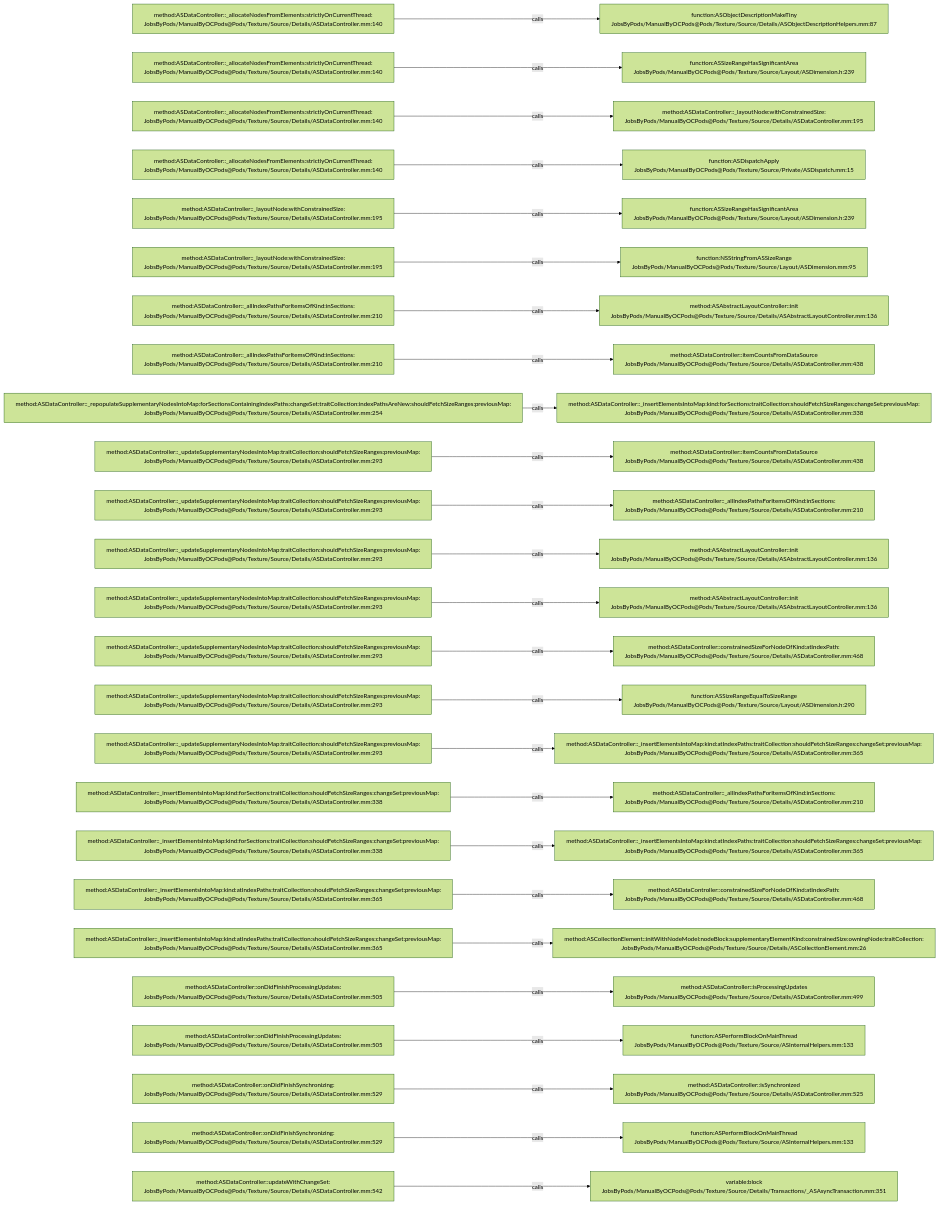
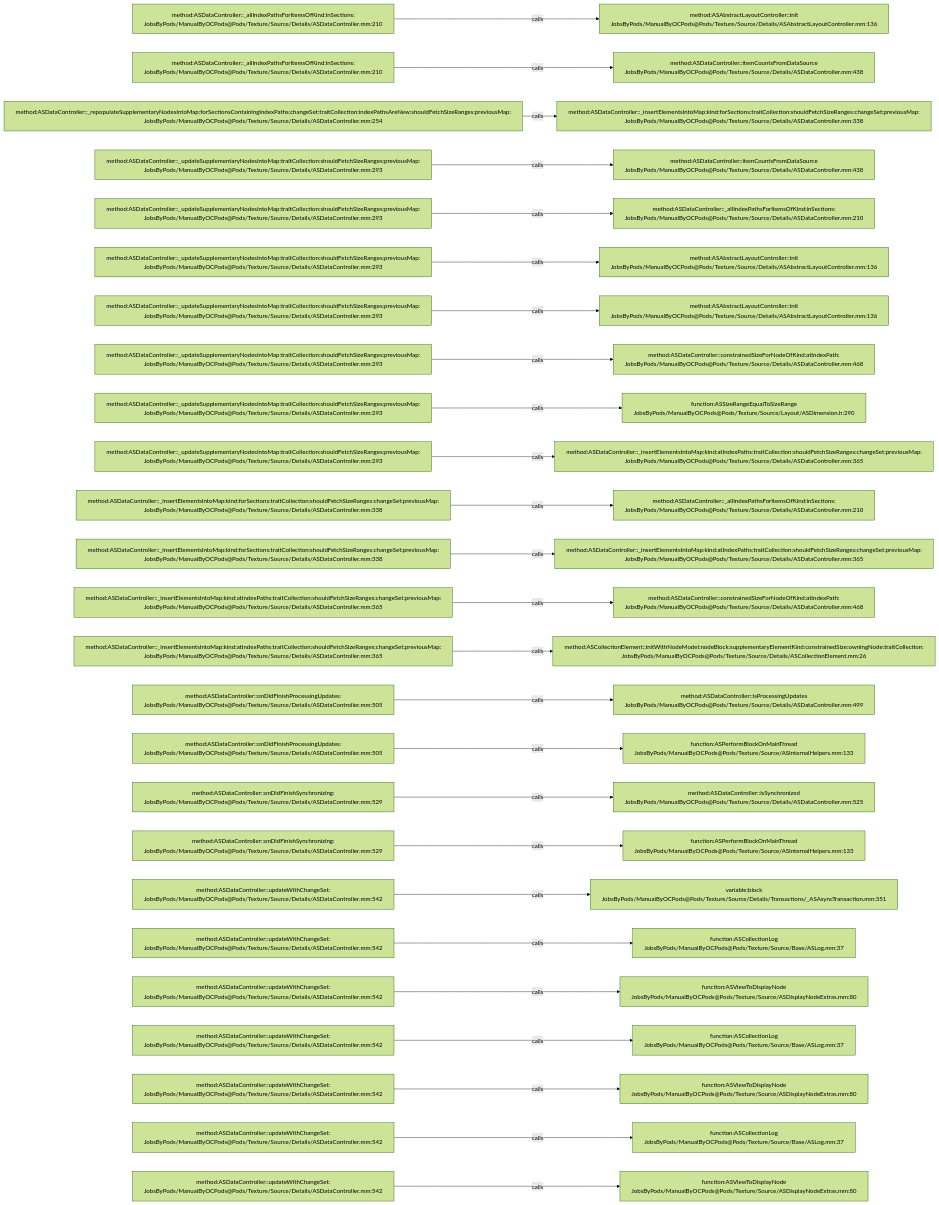
The diagram in .codegraph/codegraph.md/graphs/calls-146.md (JobsKits/JobsOCBaseConfigDemo), drawn with Mermaid (forest theme) before and after one commit. The commit also changed 666 other files, not shown here.

````diff
--- a/.codegraph/codegraph.md/graphs/calls-146.md
+++ b/.codegraph/codegraph.md/graphs/calls-146.md
@@ -13,78 +13,78 @@
 ```mermaid
 flowchart LR
-  S1["method:ASDataController::_allocateNodesFromElements:strictlyOnCurrentThread:<br/>JobsByPods/ManualByOCPods@Pods/Texture/Source/Details/ASDataController.mm:140"]
-  T1["function:ASObjectDescriptionMakeTiny<br/>JobsByPods/ManualByOCPods@Pods/Texture/Source/Details/ASObjectDescriptionHelpers.mm:87"]
+  S1["method:ASDataController::_allIndexPathsForItemsOfKind:inSections:<br/>JobsByPods/ManualByOCPods@Pods/Texture/Source/Details/ASDataController.mm:210"]
+  T1["method:ASAbstractLayoutController::init<br/>JobsByPods/ManualByOCPods@Pods/Texture/Source/Details/ASAbstractLayoutController.mm:136"]
   S1 -->|calls| T1
-  S2["method:ASDataController::_allocateNodesFromElements:strictlyOnCurrentThread:<br/>JobsByPods/ManualByOCPods@Pods/Texture/Source/Details/ASDataController.mm:140"]
-  T2["function:ASSizeRangeHasSignificantArea<br/>JobsByPods/ManualByOCPods@Pods/Texture/Source/Layout/ASDimension.h:239"]
+  S2["method:ASDataController::_allIndexPathsForItemsOfKind:inSections:<br/>JobsByPods/ManualByOCPods@Pods/Texture/Source/Details/ASDataController.mm:210"]
+  T2["method:ASDataController::itemCountsFromDataSource<br/>JobsByPods/ManualByOCPods@Pods/Texture/Source/Details/ASDataController.mm:438"]
   S2 -->|calls| T2
-  S3["method:ASDataController::_allocateNodesFromElements:strictlyOnCurrentThread:<br/>JobsByPods/ManualByOCPods@Pods/Texture/Source/Details/ASDataController.mm:140"]
-  T3["method:ASDataController::_layoutNode:withConstrainedSize:<br/>JobsByPods/ManualByOCPods@Pods/Texture/Source/Details/ASDataController.mm:195"]
+  S3["method:ASDataController::_repopulateSupplementaryNodesIntoMap:forSectionsContainingIndexPaths:changeSet:traitCollection:indexPathsAreNew:shouldFetchSizeRanges:previousMap:<br/>JobsByPods/ManualByOCPods@Pods/Texture/Source/Details/ASDataController.mm:254"]
+  T3["method:ASDataController::_insertElementsIntoMap:kind:forSections:traitCollection:shouldFetchSizeRanges:changeSet:previousMap:<br/>JobsByPods/ManualByOCPods@Pods/Texture/Source/Details/ASDataController.mm:338"]
   S3 -->|calls| T3
-  S4["method:ASDataController::_allocateNodesFromElements:strictlyOnCurrentThread:<br/>JobsByPods/ManualByOCPods@Pods/Texture/Source/Details/ASDataController.mm:140"]
-  T4["function:ASDispatchApply<br/>JobsByPods/ManualByOCPods@Pods/Texture/Source/Private/ASDispatch.mm:15"]
+  S4["method:ASDataController::_updateSupplementaryNodesIntoMap:traitCollection:shouldFetchSizeRanges:previousMap:<br/>JobsByPods/ManualByOCPods@Pods/Texture/Source/Details/ASDataController.mm:293"]
+  T4["method:ASDataController::itemCountsFromDataSource<br/>JobsByPods/ManualByOCPods@Pods/Texture/Source/Details/ASDataController.mm:438"]
   S4 -->|calls| T4
-  S5["method:ASDataController::_layoutNode:withConstrainedSize:<br/>JobsByPods/ManualByOCPods@Pods/Texture/Source/Details/ASDataController.mm:195"]
-  T5["function:ASSizeRangeHasSignificantArea<br/>JobsByPods/ManualByOCPods@Pods/Texture/Source/Layout/ASDimension.h:239"]
+  S5["method:ASDataController::_updateSupplementaryNodesIntoMap:traitCollection:shouldFetchSizeRanges:previousMap:<br/>JobsByPods/ManualByOCPods@Pods/Texture/Source/Details/ASDataController.mm:293"]
+  T5["method:ASDataController::_allIndexPathsForItemsOfKind:inSections:<br/>JobsByPods/ManualByOCPods@Pods/Texture/Source/Details/ASDataController.mm:210"]
   S5 -->|calls| T5
-  S6["method:ASDataController::_layoutNode:withConstrainedSize:<br/>JobsByPods/ManualByOCPods@Pods/Texture/Source/Details/ASDataController.mm:195"]
-  T6["function:NSStringFromASSizeRange<br/>JobsByPods/ManualByOCPods@Pods/Texture/Source/Layout/ASDimension.mm:95"]
+  S6["method:ASDataController::_updateSupplementaryNodesIntoMap:traitCollection:shouldFetchSizeRanges:previousMap:<br/>JobsByPods/ManualByOCPods@Pods/Texture/Source/Details/ASDataController.mm:293"]
+  T6["method:ASAbstractLayoutController::init<br/>JobsByPods/ManualByOCPods@Pods/Texture/Source/Details/ASAbstractLayoutController.mm:136"]
   S6 -->|calls| T6
-  S7["method:ASDataController::_allIndexPathsForItemsOfKind:inSections:<br/>JobsByPods/ManualByOCPods@Pods/Texture/Source/Details/ASDataController.mm:210"]
+  S7["method:ASDataController::_updateSupplementaryNodesIntoMap:traitCollection:shouldFetchSizeRanges:previousMap:<br/>JobsByPods/ManualByOCPods@Pods/Texture/Source/Details/ASDataController.mm:293"]
   T7["method:ASAbstractLayoutController::init<br/>JobsByPods/ManualByOCPods@Pods/Texture/Source/Details/ASAbstractLayoutController.mm:136"]
   S7 -->|calls| T7
-  S8["method:ASDataController::_allIndexPathsForItemsOfKind:inSections:<br/>JobsByPods/ManualByOCPods@Pods/Texture/Source/Details/ASDataController.mm:210"]
-  T8["method:ASDataController::itemCountsFromDataSource<br/>JobsByPods/ManualByOCPods@Pods/Texture/Source/Details/ASDataController.mm:438"]
+  S8["method:ASDataController::_updateSupplementaryNodesIntoMap:traitCollection:shouldFetchSizeRanges:previousMap:<br/>JobsByPods/ManualByOCPods@Pods/Texture/Source/Details/ASDataController.mm:293"]
+  T8["method:ASDataController::constrainedSizeForNodeOfKind:atIndexPath:<br/>JobsByPods/ManualByOCPods@Pods/Texture/Source/Details/ASDataController.mm:468"]
   S8 -->|calls| T8
-  S9["method:ASDataController::_repopulateSupplementaryNodesIntoMap:forSectionsContainingIndexPaths:changeSet:traitCollection:indexPathsAreNew:shouldFetchSizeRanges:previousMap:<br/>JobsByPods/ManualByOCPods@Pods/Texture/Source/Details/ASDataController.mm:254"]
-  T9["method:ASDataController::_insertElementsIntoMap:kind:forSections:traitCollection:shouldFetchSizeRanges:changeSet:previousMap:<br/>JobsByPods/ManualByOCPods@Pods/Texture/Source/Details/ASDataController.mm:338"]
+  S9["method:ASDataController::_updateSupplementaryNodesIntoMap:traitCollection:shouldFetchSizeRanges:previousMap:<br/>JobsByPods/ManualByOCPods@Pods/Texture/Source/Details/ASDataController.mm:293"]
+  T9["function:ASSizeRangeEqualToSizeRange<br/>JobsByPods/ManualByOCPods@Pods/Texture/Source/Layout/ASDimension.h:290"]
   S9 -->|calls| T9
   S10["method:ASDataController::_updateSupplementaryNodesIntoMap:traitCollection:shouldFetchSizeRanges:previousMap:<br/>JobsByPods/ManualByOCPods@Pods/Texture/Source/Details/ASDataController.mm:293"]
-  T10["method:ASDataController::itemCountsFromDataSource<br/>JobsByPods/ManualByOCPods@Pods/Texture/Source/Details/ASDataController.mm:438"]
+  T10["method:ASDataController::_insertElementsIntoMap:kind:atIndexPaths:traitCollection:shouldFetchSizeRanges:changeSet:previousMap:<br/>JobsByPods/ManualByOCPods@Pods/Texture/Source/Details/ASDataController.mm:365"]
   S10 -->|calls| T10
-  S11["method:ASDataController::_updateSupplementaryNodesIntoMap:traitCollection:shouldFetchSizeRanges:previousMap:<br/>JobsByPods/ManualByOCPods@Pods/Texture/Source/Details/ASDataController.mm:293"]
+  S11["method:ASDataController::_insertElementsIntoMap:kind:forSections:traitCollection:shouldFetchSizeRanges:changeSet:previousMap:<br/>JobsByPods/ManualByOCPods@Pods/Texture/Source/Details/ASDataController.mm:338"]
   T11["method:ASDataController::_allIndexPathsForItemsOfKind:inSections:<br/>JobsByPods/ManualByOCPods@Pods/Texture/Source/Details/ASDataController.mm:210"]
   S11 -->|calls| T11
-  S12["method:ASDataController::_updateSupplementaryNodesIntoMap:traitCollection:shouldFetchSizeRanges:previousMap:<br/>JobsByPods/ManualByOCPods@Pods/Texture/Source/Details/ASDataController.mm:293"]
-  T12["method:ASAbstractLayoutController::init<br/>JobsByPods/ManualByOCPods@Pods/Texture/Source/Details/ASAbstractLayoutController.mm:136"]
+  S12["method:ASDataController::_insertElementsIntoMap:kind:forSections:traitCollection:shouldFetchSizeRanges:changeSet:previousMap:<br/>JobsByPods/ManualByOCPods@Pods/Texture/Source/Details/ASDataController.mm:338"]
+  T12["method:ASDataController::_insertElementsIntoMap:kind:atIndexPaths:traitCollection:shouldFetchSizeRanges:changeSet:previousMap:<br/>JobsByPods/ManualByOCPods@Pods/Texture/Source/Details/ASDataController.mm:365"]
   S12 -->|calls| T12
-  S13["method:ASDataController::_updateSupplementaryNodesIntoMap:traitCollection:shouldFetchSizeRanges:previousMap:<br/>JobsByPods/ManualByOCPods@Pods/Texture/Source/Details/ASDataController.mm:293"]
-  T13["method:ASAbstractLayoutController::init<br/>JobsByPods/ManualByOCPods@Pods/Texture/Source/Details/ASAbstractLayoutController.mm:136"]
+  S13["method:ASDataController::_insertElementsIntoMap:kind:atIndexPaths:traitCollection:shouldFetchSizeRanges:changeSet:previousMap:<br/>JobsByPods/ManualByOCPods@Pods/Texture/Source/Details/ASDataController.mm:365"]
+  T13["method:ASDataController::constrainedSizeForNodeOfKind:atIndexPath:<br/>JobsByPods/ManualByOCPods@Pods/Texture/Source/Details/ASDataController.mm:468"]
   S13 -->|calls| T13
-  S14["method:ASDataController::_updateSupplementaryNodesIntoMap:traitCollection:shouldFetchSizeRanges:previousMap:<br/>JobsByPods/ManualByOCPods@Pods/Texture/Source/Details/ASDataController.mm:293"]
-  T14["method:ASDataController::constrainedSizeForNodeOfKind:atIndexPath:<br/>JobsByPods/ManualByOCPods@Pods/Texture/Source/Details/ASDataController.mm:468"]
+  S14["method:ASDataController::_insertElementsIntoMap:kind:atIndexPaths:traitCollection:shouldFetchSizeRanges:changeSet:previousMap:<br/>JobsByPods/ManualByOCPods@Pods/Texture/Source/Details/ASDataController.mm:365"]
+  T14["method:ASCollectionElement::initWithNodeModel:nodeBlock:supplementaryElementKind:constrainedSize:owningNode:traitCollection:<br/>JobsByPods/ManualByOCPods@Pods/Texture/Source/Details/ASCollectionElement.mm:26"]
   S14 -->|calls| T14
-  S15["method:ASDataController::_updateSupplementaryNodesIntoMap:traitCollection:shouldFetchSizeRanges:previousMap:<br/>JobsByPods/ManualByOCPods@Pods/Texture/Source/Details/ASDataController.mm:293"]
-  T15["function:ASSizeRangeEqualToSizeRange<br/>JobsByPods/ManualByOCPods@Pods/Texture/Source/Layout/ASDimension.h:290"]
+  S15["method:ASDataController::onDidFinishProcessingUpdates:<br/>JobsByPods/ManualByOCPods@Pods/Texture/Source/Details/ASDataController.mm:505"]
+  T15["method:ASDataController::isProcessingUpdates<br/>JobsByPods/ManualByOCPods@Pods/Texture/Source/Details/ASDataController.mm:499"]
   S15 -->|calls| T15
-  S16["method:ASDataController::_updateSupplementaryNodesIntoMap:traitCollection:shouldFetchSizeRanges:previousMap:<br/>JobsByPods/ManualByOCPods@Pods/Texture/Source/Details/ASDataController.mm:293"]
-  T16["method:ASDataController::_insertElementsIntoMap:kind:atIndexPaths:traitCollection:shouldFetchSizeRanges:changeSet:previousMap:<br/>JobsByPods/ManualByOCPods@Pods/Texture/Source/Details/ASDataController.mm:365"]
+  S16["method:ASDataController::onDidFinishProcessingUpdates:<br/>JobsByPods/ManualByOCPods@Pods/Texture/Source/Details/ASDataController.mm:505"]
+  T16["function:ASPerformBlockOnMainThread<br/>JobsByPods/ManualByOCPods@Pods/Texture/Source/ASInternalHelpers.mm:133"]
   S16 -->|calls| T16
-  S17["method:ASDataController::_insertElementsIntoMap:kind:forSections:traitCollection:shouldFetchSizeRanges:changeSet:previousMap:<br/>JobsByPods/ManualByOCPods@Pods/Texture/Source/Details/ASDataController.mm:338"]
-  T17["method:ASDataController::_allIndexPathsForItemsOfKind:inSections:<br/>JobsByPods/ManualByOCPods@Pods/Texture/Source/Details/ASDataController.mm:210"]
+  S17["method:ASDataController::onDidFinishSynchronizing:<br/>JobsByPods/ManualByOCPods@Pods/Texture/Source/Details/ASDataController.mm:529"]
+  T17["method:ASDataController::isSynchronized<br/>JobsByPods/ManualByOCPods@Pods/Texture/Source/Details/ASDataController.mm:525"]
   S17 -->|calls| T17
-  S18["method:ASDataController::_insertElementsIntoMap:kind:forSections:traitCollection:shouldFetchSizeRanges:changeSet:previousMap:<br/>JobsByPods/ManualByOCPods@Pods/Texture/Source/Details/ASDataController.mm:338"]
-  T18["method:ASDataController::_insertElementsIntoMap:kind:atIndexPaths:traitCollection:shouldFetchSizeRanges:changeSet:previousMap:<br/>JobsByPods/ManualByOCPods@Pods/Texture/Source/Details/ASDataController.mm:365"]
+  S18["method:ASDataController::onDidFinishSynchronizing:<br/>JobsByPods/ManualByOCPods@Pods/Texture/Source/Details/ASDataController.mm:529"]
+  T18["function:ASPerformBlockOnMainThread<br/>JobsByPods/ManualByOCPods@Pods/Texture/Source/ASInternalHelpers.mm:133"]
   S18 -->|calls| T18
-  S19["method:ASDataController::_insertElementsIntoMap:kind:atIndexPaths:traitCollection:shouldFetchSizeRanges:changeSet:previousMap:<br/>JobsByPods/ManualByOCPods@Pods/Texture/Source/Details/ASDataController.mm:365"]
-  T19["method:ASDataController::constrainedSizeForNodeOfKind:atIndexPath:<br/>JobsByPods/ManualByOCPods@Pods/Texture/Source/Details/ASDataController.mm:468"]
+  S19["method:ASDataController::updateWithChangeSet:<br/>JobsByPods/ManualByOCPods@Pods/Texture/Source/Details/ASDataController.mm:542"]
+  T19["variable:block<br/>JobsByPods/ManualByOCPods@Pods/Texture/Source/Details/Transactions/_ASAsyncTransaction.mm:351"]
   S19 -->|calls| T19
-  S20["method:ASDataController::_insertElementsIntoMap:kind:atIndexPaths:traitCollection:shouldFetchSizeRanges:changeSet:previousMap:<br/>JobsByPods/ManualByOCPods@Pods/Texture/Source/Details/ASDataController.mm:365"]
-  T20["method:ASCollectionElement::initWithNodeModel:nodeBlock:supplementaryElementKind:constrainedSize:owningNode:traitCollection:<br/>JobsByPods/ManualByOCPods@Pods/Texture/Source/Details/ASCollectionElement.mm:26"]
+  S20["method:ASDataController::updateWithChangeSet:<br/>JobsByPods/ManualByOCPods@Pods/Texture/Source/Details/ASDataController.mm:542"]
+  T20["function:ASCollectionLog<br/>JobsByPods/ManualByOCPods@Pods/Texture/Source/Base/ASLog.mm:37"]
   S20 -->|calls| T20
-  S21["method:ASDataController::onDidFinishProcessingUpdates:<br/>JobsByPods/ManualByOCPods@Pods/Texture/Source/Details/ASDataController.mm:505"]
-  T21["method:ASDataController::isProcessingUpdates<br/>JobsByPods/ManualByOCPods@Pods/Texture/Source/Details/ASDataController.mm:499"]
+  S21["method:ASDataController::updateWithChangeSet:<br/>JobsByPods/ManualByOCPods@Pods/Texture/Source/Details/ASDataController.mm:542"]
+  T21["function:ASViewToDisplayNode<br/>JobsByPods/ManualByOCPods@Pods/Texture/Source/ASDisplayNodeExtras.mm:80"]
   S21 -->|calls| T21
-  S22["method:ASDataController::onDidFinishProcessingUpdates:<br/>JobsByPods/ManualByOCPods@Pods/Texture/Source/Details/ASDataController.mm:505"]
-  T22["function:ASPerformBlockOnMainThread<br/>JobsByPods/ManualByOCPods@Pods/Texture/Source/ASInternalHelpers.mm:133"]
+  S22["method:ASDataController::updateWithChangeSet:<br/>JobsByPods/ManualByOCPods@Pods/Texture/Source/Details/ASDataController.mm:542"]
+  T22["function:ASCollectionLog<br/>JobsByPods/ManualByOCPods@Pods/Texture/Source/Base/ASLog.mm:37"]
   S22 -->|calls| T22
-  S23["method:ASDataController::onDidFinishSynchronizing:<br/>JobsByPods/ManualByOCPods@Pods/Texture/Source/Details/ASDataController.mm:529"]
-  T23["method:ASDataController::isSynchronized<br/>JobsByPods/ManualByOCPods@Pods/Texture/Source/Details/ASDataController.mm:525"]
+  S23["method:ASDataController::updateWithChangeSet:<br/>JobsByPods/ManualByOCPods@Pods/Texture/Source/Details/ASDataController.mm:542"]
+  T23["function:ASViewToDisplayNode<br/>JobsByPods/ManualByOCPods@Pods/Texture/Source/ASDisplayNodeExtras.mm:80"]
   S23 -->|calls| T23
-  S24["method:ASDataController::onDidFinishSynchronizing:<br/>JobsByPods/ManualByOCPods@Pods/Texture/Source/Details/ASDataController.mm:529"]
-  T24["function:ASPerformBlockOnMainThread<br/>JobsByPods/ManualByOCPods@Pods/Texture/Source/ASInternalHelpers.mm:133"]
+  S24["method:ASDataController::updateWithChangeSet:<br/>JobsByPods/ManualByOCPods@Pods/Texture/Source/Details/ASDataController.mm:542"]
+  T24["function:ASCollectionLog<br/>JobsByPods/ManualByOCPods@Pods/Texture/Source/Base/ASLog.mm:37"]
   S24 -->|calls| T24
   S25["method:ASDataController::updateWithChangeSet:<br/>JobsByPods/ManualByOCPods@Pods/Texture/Source/Details/ASDataController.mm:542"]
-  T25["variable:block<br/>JobsByPods/ManualByOCPods@Pods/Texture/Source/Details/Transactions/_ASAsyncTransaction.mm:351"]
+  T25["function:ASViewToDisplayNode<br/>JobsByPods/ManualByOCPods@Pods/Texture/Source/ASDisplayNodeExtras.mm:80"]
   S25 -->|calls| T25
 ```
````
